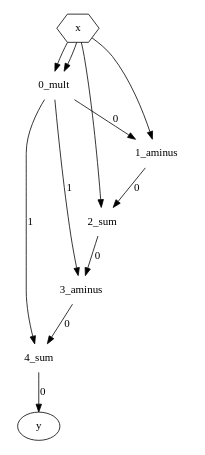
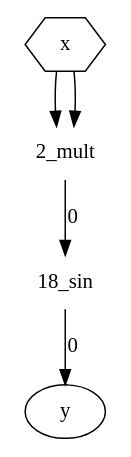
One commit to joaoMartinSaquet/pyCGP changed the diagram in best.dot. Above: the diagram before and after it, drawn with Graphviz. The commit also changed 8 other files, not shown here.

```diff
--- a/best.dot
+++ b/best.dot
@@ -1,24 +1,12 @@
 digraph cgp {
 	size = "4,4";
 	y [shape=oval];
-	sum_4 -> y [label="0"];
-	sum_4 [label= "4_sum", shape=none];
-	aminus_3 -> sum_4 [label="0"];
-	aminus_3 [label= "3_aminus", shape=none];
-	sum_2 -> aminus_3 [label="0"];
-	sum_2 [label= "2_sum", shape=none];
-	aminus_1 -> sum_2 [label="0"];
-	aminus_1 [label= "1_aminus", shape=none];
-	mult_0 -> aminus_1 [label="0"];
-	mult_0 [label= "0_mult", shape=none];
+	sin_18 -> y [label="0"];
+	sin_18 [label= "18_sin", shape=none];
+	mult_2 -> sin_18 [label="0"];
+	mult_2 [label= "2_mult", shape=none];
 	x [shape=polygon,sides=6];
-	x -> mult_0 [laN_COLSbel="0"];
+	x -> mult_2 [laN_COLSbel="0"];
 	x [shape=polygon,sides=6];
-	x -> mult_0 [laN_COLSbel="1"];
-	x [shape=polygon,sides=6];
-	x -> aminus_1 [laN_COLSbel="1"];
-	x [shape=polygon,sides=6];
-	x -> sum_2 [laN_COLSbel="1"];
-	mult_0 -> aminus_3 [label="1"];
-	mult_0 -> sum_4 [label="1"];
+	x -> mult_2 [laN_COLSbel="1"];
 }
```
